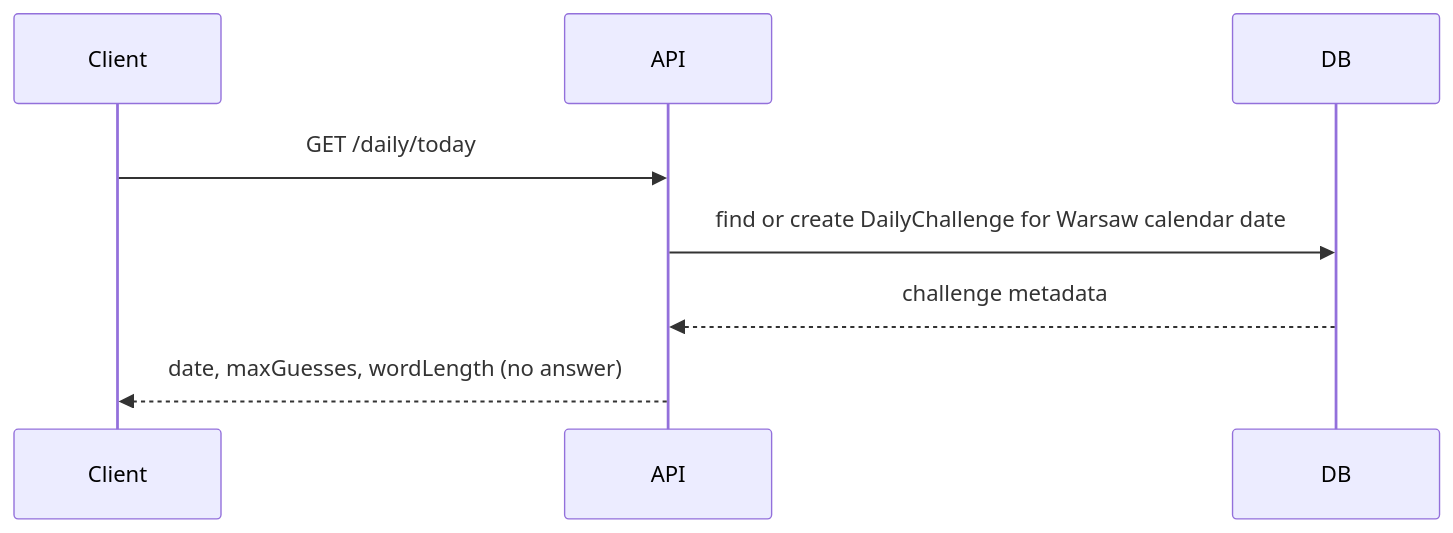
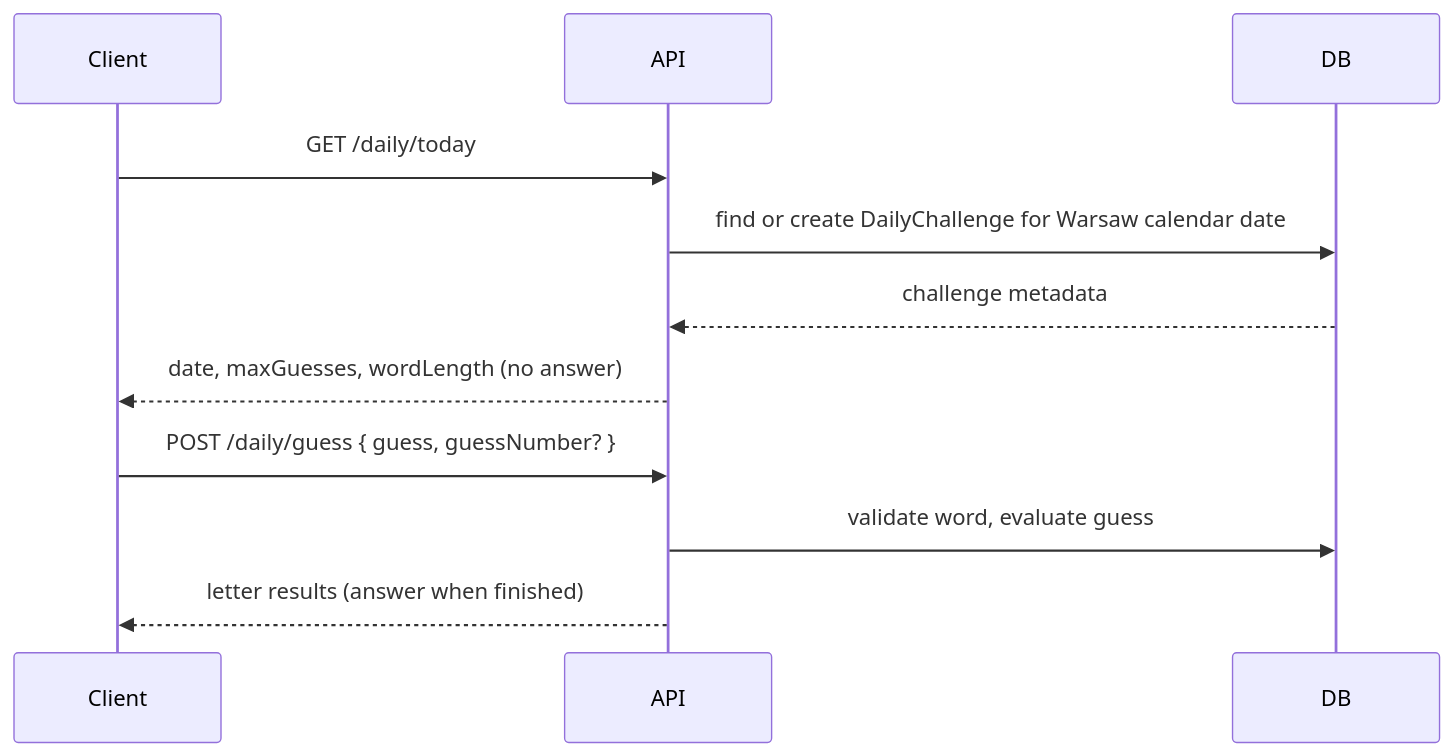
One commit to habbababbai/wordlopol changed the second of 3 diagrams in apps/api/docs/API.md. Above: the diagram before and after it, drawn with Mermaid. The commit also changed other lines of this file and 20 other files, not shown here.

First line of the commit message:
feat(api): add daily and infinite guess endpoints (#23)

````diff
--- a/apps/api/docs/API.md
+++ b/apps/api/docs/API.md
@@ -450,11 +501,14 @@
 ```mermaid
 sequenceDiagram
     participant Client
     participant API
     participant DB
 
     Client->>API: GET /daily/today
     API->>DB: find or create DailyChallenge for Warsaw calendar date
     DB-->>API: challenge metadata
     API-->>Client: date, maxGuesses, wordLength (no answer)
+    Client->>API: POST /daily/guess { guess, guessNumber? }
+    API->>DB: validate word, evaluate guess
+    API-->>Client: letter results (answer when finished)
 ```
````
